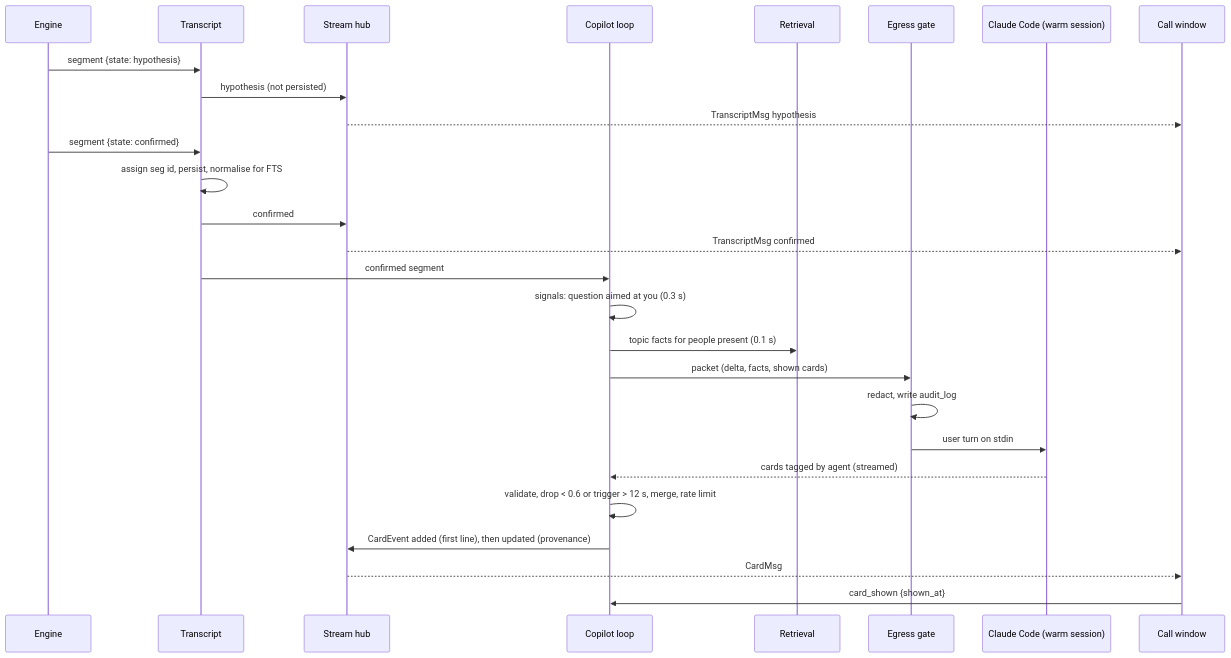
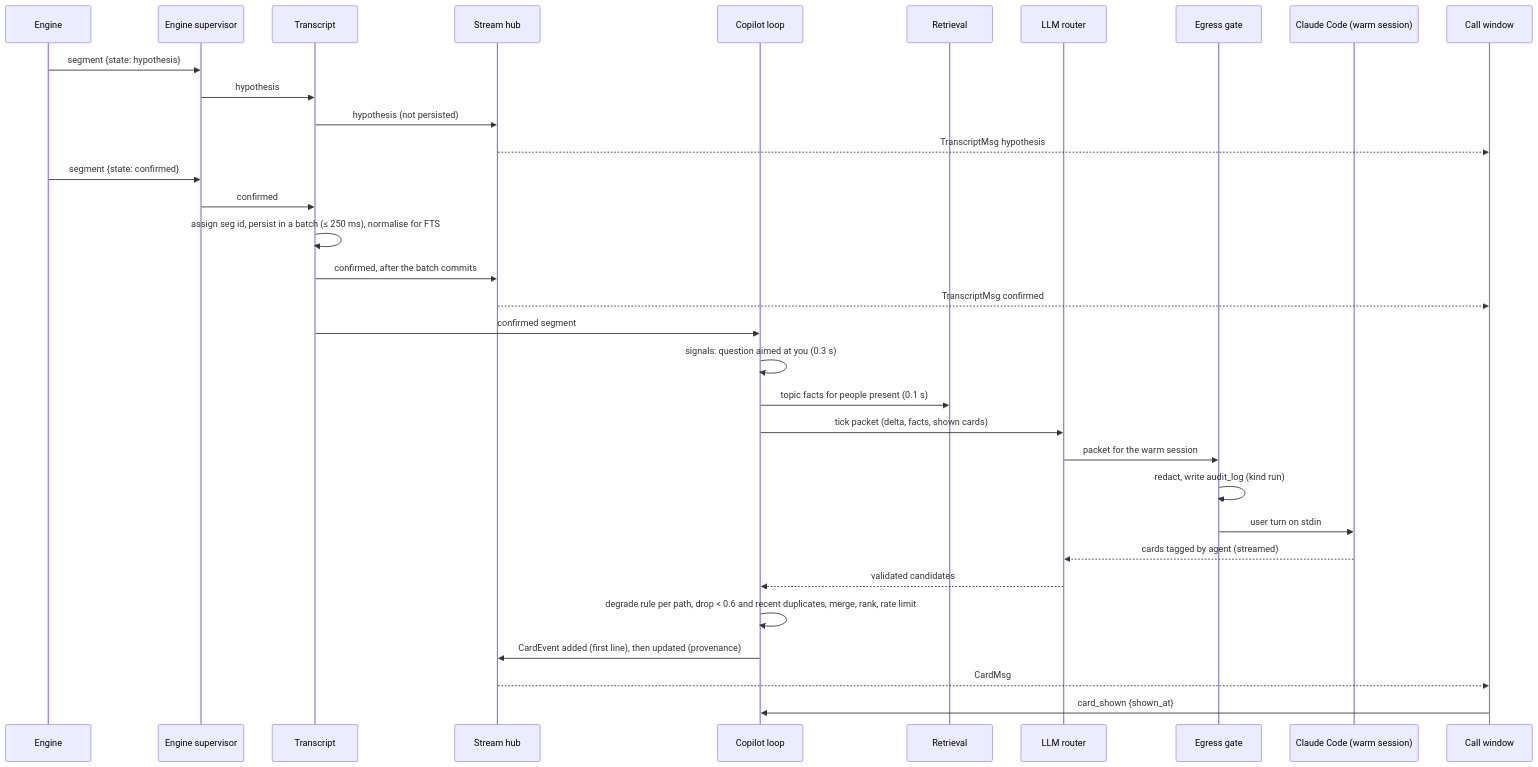
Before and after one commit to getahead/noter: the sixth of 13 diagrams in docs/DESIGN-core.md, drawn with Mermaid. The commit also changed other lines of this file and 81 other files, not shown here.

````diff
--- a/docs/DESIGN-core.md
+++ b/docs/DESIGN-core.md
@@ -1484,29 +1616,35 @@
 ```mermaid
 sequenceDiagram
     participant E as Engine
+    participant Sup as Engine supervisor
     participant T as Transcript
     participant S as Stream hub
     participant Co as Copilot loop
     participant R as Retrieval
+    participant Rt as LLM router
     participant G as Egress gate
     participant L as Claude Code (warm session)
     participant W as Call window
-    E->>T: segment {state: hypothesis}
+    E->>Sup: segment {state: hypothesis}
+    Sup->>T: hypothesis
     T->>S: hypothesis (not persisted)
     S-->>W: TranscriptMsg hypothesis
-    E->>T: segment {state: confirmed}
-    T->>T: assign seg id, persist, normalise for FTS
-    T->>S: confirmed
+    E->>Sup: segment {state: confirmed}
+    Sup->>T: confirmed
+    T->>T: assign seg id, persist in a batch (≤ 250 ms), normalise for FTS
+    T->>S: confirmed, after the batch commits
     S-->>W: TranscriptMsg confirmed
     T->>Co: confirmed segment
     Co->>Co: signals: question aimed at you (0.3 s)
     Co->>R: topic facts for people present (0.1 s)
-    Co->>G: packet (delta, facts, shown cards)
-    G->>G: redact, write audit_log
+    Co->>Rt: tick packet (delta, facts, shown cards)
+    Rt->>G: packet for the warm session
+    G->>G: redact, write audit_log (kind run)
     G->>L: user turn on stdin
-    L-->>Co: cards tagged by agent (streamed)
-    Co->>Co: validate, drop < 0.6 or trigger > 12 s, merge, rate limit
+    L-->>Rt: cards tagged by agent (streamed)
+    Rt-->>Co: validated candidates
+    Co->>Co: degrade rule per path, drop < 0.6 and recent duplicates, merge, rank, rate limit
     Co->>S: CardEvent added (first line), then updated (provenance)
     S-->>W: CardMsg
     W->>Co: card_shown {shown_at}
 ```
````
